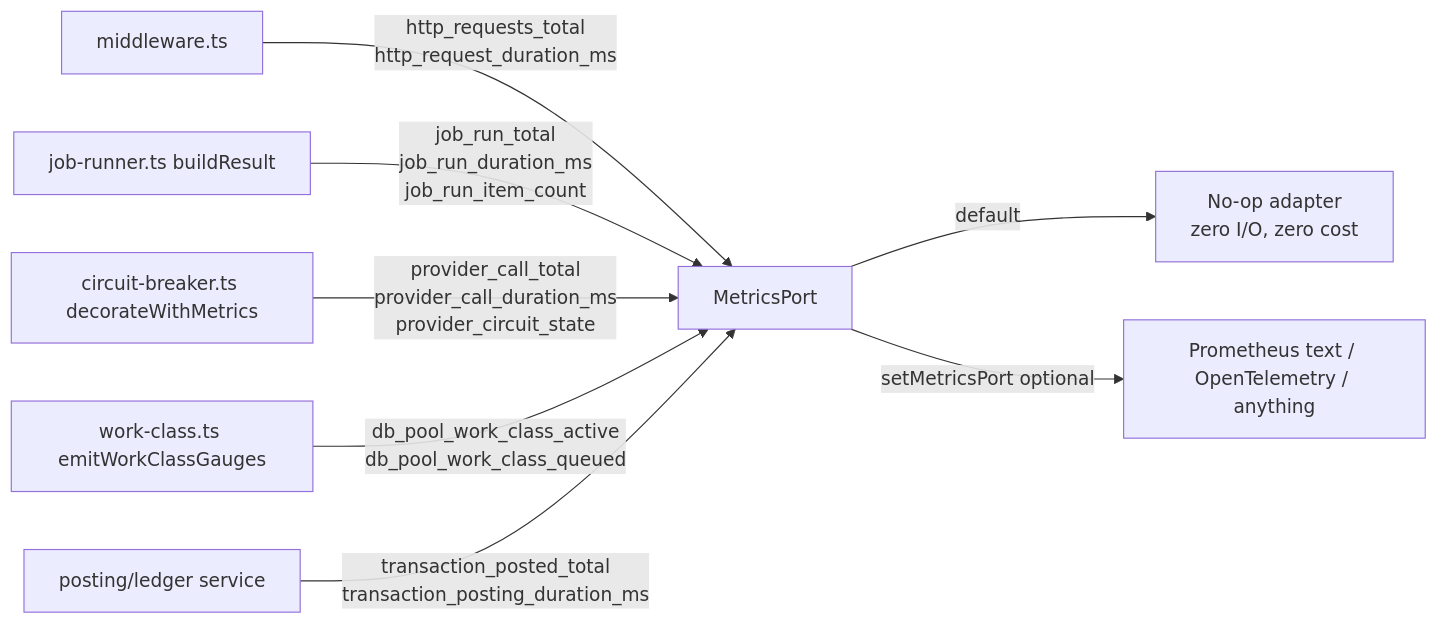
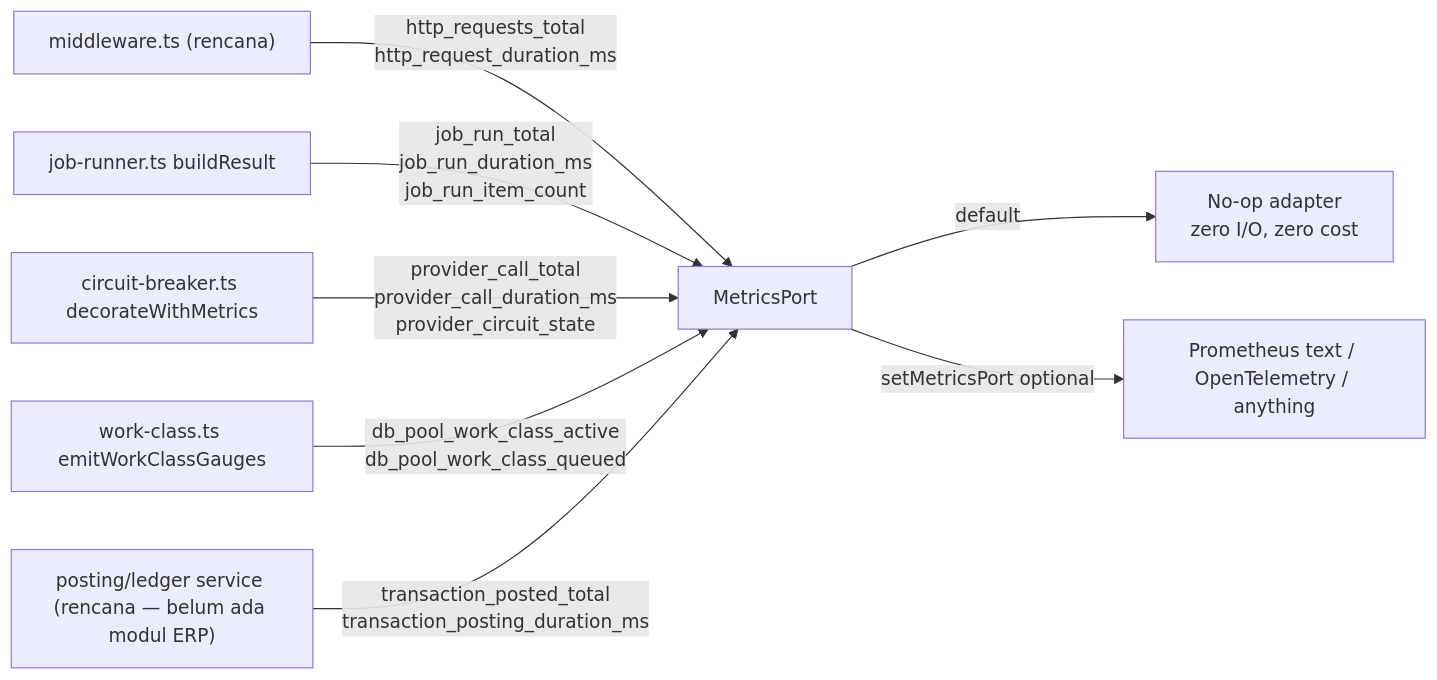
Before and after one commit to ahliweb/awcms: the diagram in docs/awcms/observability-metrics.md, drawn with Mermaid. The commit also changed other lines of this file and 49 other files, not shown here.

````diff
--- a/docs/awcms/observability-metrics.md
+++ b/docs/awcms/observability-metrics.md
@@ -11,10 +11,10 @@
 ```mermaid
 flowchart LR
-  MW[middleware.ts] -->|http_requests_total<br/>http_request_duration_ms| Port[MetricsPort]
+  MW["middleware.ts (rencana)"] -->|http_requests_total<br/>http_request_duration_ms| Port[MetricsPort]
   JR[job-runner.ts buildResult] -->|job_run_total<br/>job_run_duration_ms<br/>job_run_item_count| Port
   CB[circuit-breaker.ts decorateWithMetrics] -->|provider_call_total<br/>provider_call_duration_ms<br/>provider_circuit_state| Port
   WC[work-class.ts emitWorkClassGauges] -->|db_pool_work_class_active<br/>db_pool_work_class_queued| Port
-  TX[posting/ledger service] -->|transaction_posted_total<br/>transaction_posting_duration_ms| Port
+  TX["posting/ledger service (rencana — belum ada modul ERP)"] -->|transaction_posted_total<br/>transaction_posting_duration_ms| Port
   Port -->|default| Noop[No-op adapter<br/>zero I/O, zero cost]
   Port -->|setMetricsPort optional| Real[Prometheus text / OpenTelemetry / anything]
 ```
````
